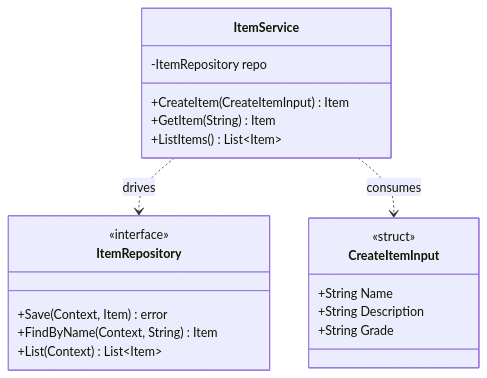
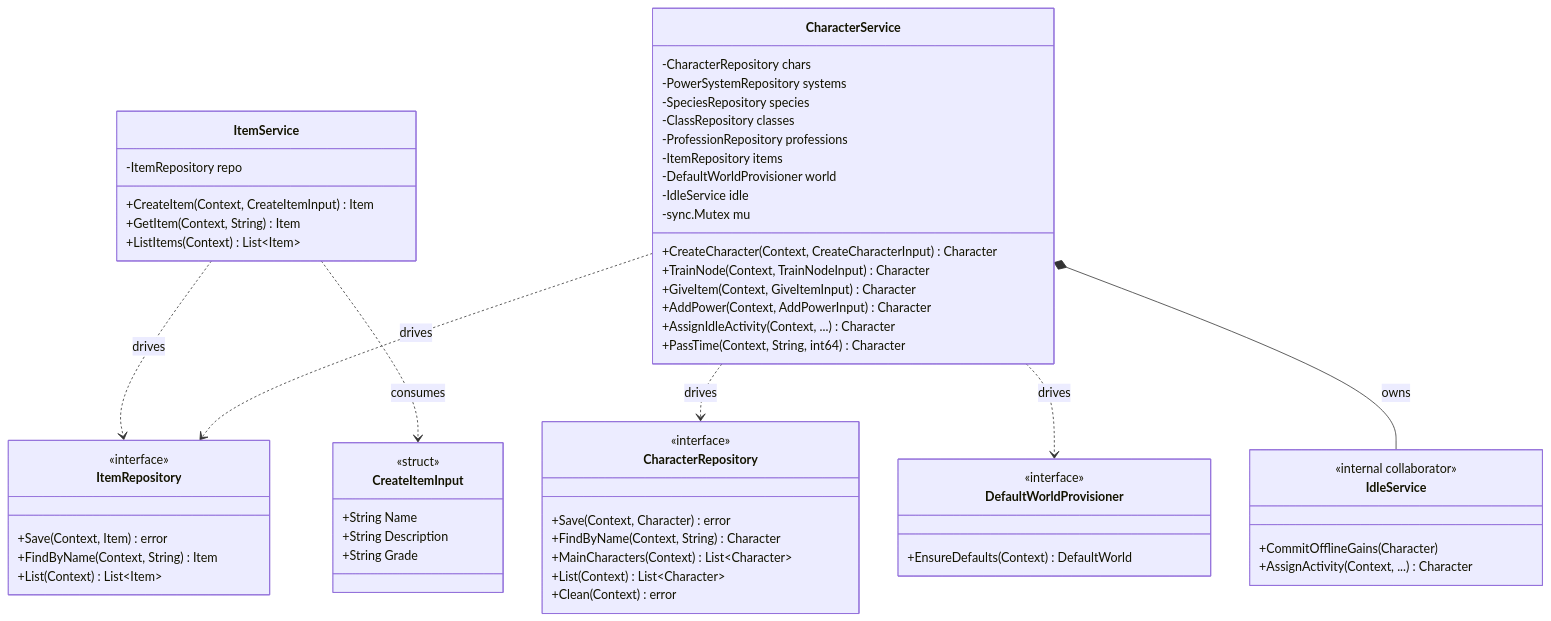
The diagram in ai/docs/diagrams/classes-core-ports.md (backendsouls/tge), drawn with Mermaid before and after one commit. The commit also changed other lines of this file and 20 other files, not shown here.

````diff
--- a/ai/docs/diagrams/classes-core-ports.md
+++ b/ai/docs/diagrams/classes-core-ports.md
@@ -5,26 +8,70 @@
 ```mermaid
 classDiagram
+    %% --- The simple, repeated shape ---
     class ItemService {
         -ItemRepository repo
-        +CreateItem(CreateItemInput) Item
-        +GetItem(String) Item
-        +ListItems() List~Item~
+        +CreateItem(Context, CreateItemInput) Item
+        +GetItem(Context, String) Item
+        +ListItems(Context) List~Item~
     }
-    
+
     class ItemRepository {
         <<interface>>
         +Save(Context, Item) error
         +FindByName(Context, String) Item
         +List(Context) List~Item~
     }
-    
+
     class CreateItemInput {
         <<struct>>
         +String Name
         +String Description
         +String Grade
     }
 
+    %% --- A service spanning several driven ports ---
+    class CharacterService {
+        -CharacterRepository chars
+        -PowerSystemRepository systems
+        -SpeciesRepository species
+        -ClassRepository classes
+        -ProfessionRepository professions
+        -ItemRepository items
+        -DefaultWorldProvisioner world
+        -IdleService idle
+        -sync.Mutex mu
+        +CreateCharacter(Context, CreateCharacterInput) Character
+        +TrainNode(Context, TrainNodeInput) Character
+        +GiveItem(Context, GiveItemInput) Character
+        +AddPower(Context, AddPowerInput) Character
+        +AssignIdleActivity(Context, ...) Character
+        +PassTime(Context, String, int64) Character
+    }
+
+    class CharacterRepository {
+        <<interface>>
+        +Save(Context, Character) error
+        +FindByName(Context, String) Character
+        +MainCharacters(Context) List~Character~
+        +List(Context) List~Character~
+        +Clean(Context) error
+    }
+
+    class DefaultWorldProvisioner {
+        <<interface>>
+        +EnsureDefaults(Context) DefaultWorld
+    }
+
+    class IdleService {
+        <<internal collaborator>>
+        +CommitOfflineGains(Character)
+        +AssignActivity(Context, ...) Character
+    }
+
     ItemService ..> ItemRepository : drives
     ItemService ..> CreateItemInput : consumes
+    CharacterService ..> CharacterRepository : drives
+    CharacterService ..> ItemRepository : drives
+    CharacterService ..> DefaultWorldProvisioner : drives
+    CharacterService *-- IdleService : owns
 ```
````
